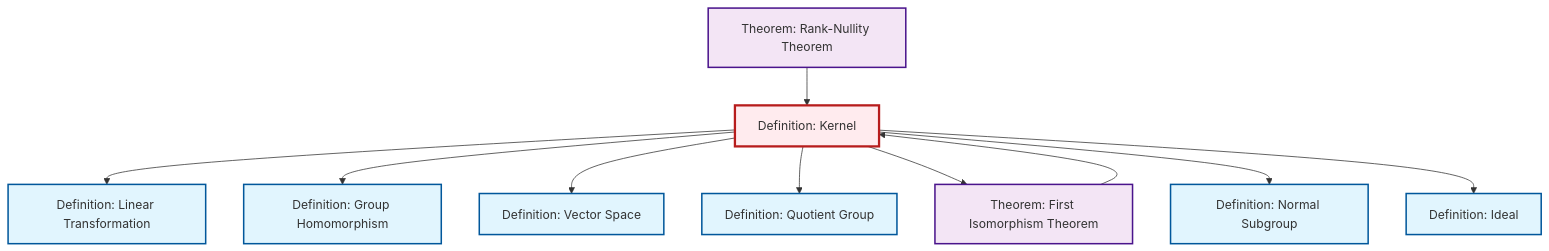
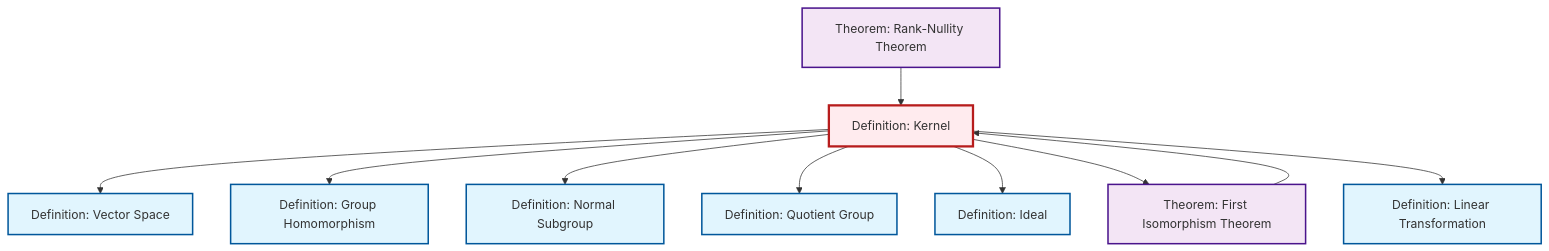
Before and after one commit to RK0429/ModernMath: the diagram in content/en/algebra/def-kernel.qmd, drawn with Mermaid. The commit also changed other lines of this file and 360 other files, not shown here.

````diff
--- a/content/en/algebra/def-kernel.qmd
+++ b/content/en/algebra/def-kernel.qmd
@@ -79,36 +79,36 @@
 ```{mermaid}
 %%| fig-cap: "Local dependency graph"
 graph TD
     classDef definition fill:#e1f5fe,stroke:#01579b,stroke-width:2px
     classDef theorem fill:#f3e5f5,stroke:#4a148c,stroke-width:2px
     classDef axiom fill:#fff3e0,stroke:#e65100,stroke-width:2px
     classDef example fill:#e8f5e9,stroke:#1b5e20,stroke-width:2px
     classDef current fill:#ffebee,stroke:#b71c1c,stroke-width:3px
+    def-normal-subgroup["Definition: Normal Subgroup"]:::definition
+    def-quotient-group["Definition: Quotient Group"]:::definition
+    def-homomorphism["Definition: Group Homomorphism"]:::definition
     def-kernel["Definition: Kernel"]:::definition
-    def-normal-subgroup["Definition: Normal Subgroup"]:::definition
+    def-ideal["Definition: Ideal"]:::definition
     thm-first-isomorphism["Theorem: First Isomorphism Theorem"]:::theorem
-    def-ideal["Definition: Ideal"]:::definition
-    def-homomorphism["Definition: Group Homomorphism"]:::definition
+    thm-rank-nullity["Theorem: Rank-Nullity Theorem"]:::theorem
+    def-vector-space["Definition: Vector Space"]:::definition
     def-linear-transformation["Definition: Linear Transformation"]:::definition
-    def-vector-space["Definition: Vector Space"]:::definition
-    thm-rank-nullity["Theorem: Rank-Nullity Theorem"]:::theorem
-    def-quotient-group["Definition: Quotient Group"]:::definition
+    def-kernel --> def-vector-space
+    def-kernel --> def-homomorphism
+    def-kernel --> def-normal-subgroup
+    def-kernel --> def-quotient-group
+    thm-first-isomorphism --> def-kernel
+    def-kernel --> def-ideal
+    def-kernel --> thm-first-isomorphism
+    thm-rank-nullity --> def-kernel
     def-kernel --> def-linear-transformation
-    def-kernel --> def-homomorphism
-    def-kernel --> def-vector-space
-    thm-first-isomorphism --> def-kernel
-    def-kernel --> def-quotient-group
-    def-kernel --> thm-first-isomorphism
-    def-kernel --> def-normal-subgroup
-    def-kernel --> def-ideal
-    thm-rank-nullity --> def-kernel
     class def-kernel current
     click def-normal-subgroup "def-normal-subgroup.html" "Go to Normal Subgroup definition"
+    click def-quotient-group "def-quotient-group.html" "Go to Quotient Group definition"
+    click def-homomorphism "def-homomorphism.html" "Go to Group Homomorphism definition"
+    click def-ideal "def-ideal.html" "Go to Ideal definition"
     click thm-first-isomorphism "thm-first-isomorphism.html" "Go to First Isomorphism Theorem theorem"
-    click def-ideal "def-ideal.html" "Go to Ideal definition"
-    click def-homomorphism "def-homomorphism.html" "Go to Group Homomorphism definition"
+    click thm-rank-nullity "thm-rank-nullity.html" "Go to Rank-Nullity Theorem theorem"
+    click def-vector-space "def-vector-space.html" "Go to Vector Space definition"
     click def-linear-transformation "def-linear-transformation.html" "Go to Linear Transformation definition"
-    click def-vector-space "def-vector-space.html" "Go to Vector Space definition"
-    click thm-rank-nullity "thm-rank-nullity.html" "Go to Rank-Nullity Theorem theorem"
-    click def-quotient-group "def-quotient-group.html" "Go to Quotient Group definition"
 ```
````
